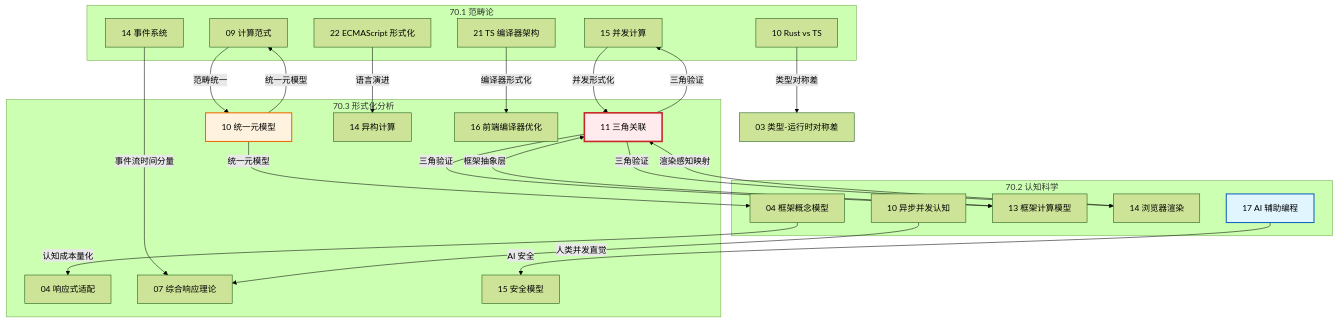
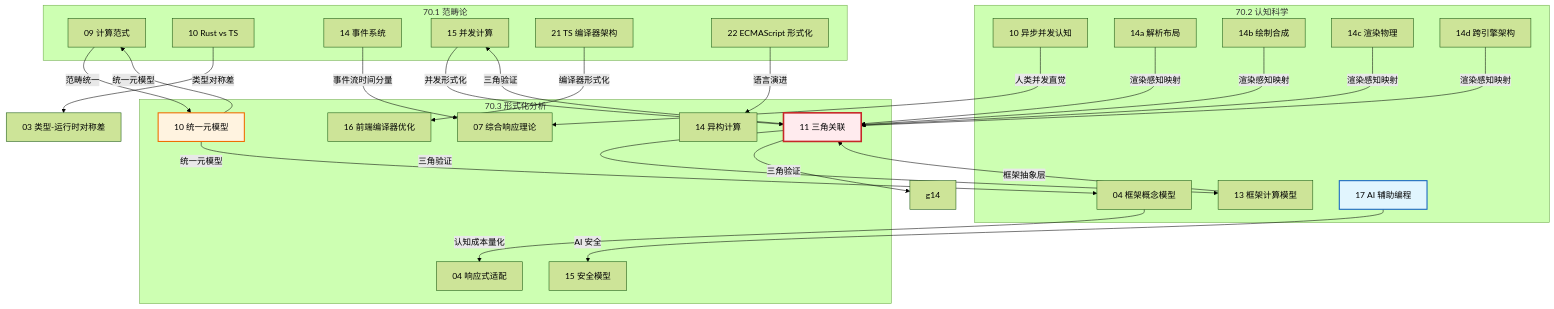
One commit to AdaMartin18010/JavaScriptTypeScript changed the fifth of 9 diagrams in 70-theoretical-foundations/KNOWLEDGE_GRAPH.md. Above: the diagram before and after it, drawn with Mermaid (forest theme). The commit also changed other lines of this file and 56 other files, not shown here.

````diff
--- a/70-theoretical-foundations/KNOWLEDGE_GRAPH.md
+++ b/70-theoretical-foundations/KNOWLEDGE_GRAPH.md
@@ -163,52 +170,58 @@
 ```mermaid
 graph TB
     subgraph CT["70.1 范畴论"]
         c09["09 计算范式"]
         c10["10 Rust vs TS"]
         c14["14 事件系统"]
         c15["15 并发计算"]
         c21["21 TS 编译器架构"]
         c22["22 ECMAScript 形式化"]
     end
 
     subgraph CG["70.2 认知科学"]
         g04["04 框架概念模型"]
         g10["10 异步并发认知"]
         g13["13 框架计算模型"]
-        g14["14 浏览器渲染"]
+        g14a["14a 解析布局"]
+        g14b["14b 绘制合成"]
+        g14c["14c 渲染物理"]
+        g14d["14d 跨引擎架构"]
         g17["17 AI 辅助编程"]
     end
 
     subgraph FM["70.3 形式化分析"]
         f04["04 响应式适配"]
         f07["07 综合响应理论"]
         f10["10 统一元模型"]
         f11["11 三角关联"]
         f14["14 异构计算"]
         f15["15 安全模型"]
         f16["16 前端编译器优化"]
     end
 
     c09 -->|"范畴统一"| f10
     c10 -->|"类型对称差"| f03["03 类型-运行时对称差"]
     c14 -->|"事件流时间分量"| f07
     c15 -->|"并发形式化"| f11
     c21 -->|"编译器形式化"| f16
     c22 -->|"语言演进"| f14
 
     g04 -->|"认知成本量化"| f04
     g10 -->|"人类并发直觉"| f07
     g13 -->|"框架抽象层"| f11
-    g14 -->|"渲染感知映射"| f11
+    g14a -->|"渲染感知映射"| f11
+    g14b -->|"渲染感知映射"| f11
+    g14c -->|"渲染感知映射"| f11
+    g14d -->|"渲染感知映射"| f11
     g17 -->|"AI 安全"| f15
 
     f10 -->|"统一元模型"| c09
     f10 -->|"统一元模型"| g04
     f11 -->|"三角验证"| g13
     f11 -->|"三角验证"| g14
     f11 -->|"三角验证"| c15
 
     style f11 fill:#ffebee,stroke:#c62828,stroke-width:3px
     style f10 fill:#fff3e0,stroke:#ef6c00,stroke-width:2px
     style g17 fill:#e1f5fe,stroke:#1565c0,stroke-width:2px
 ```
````
